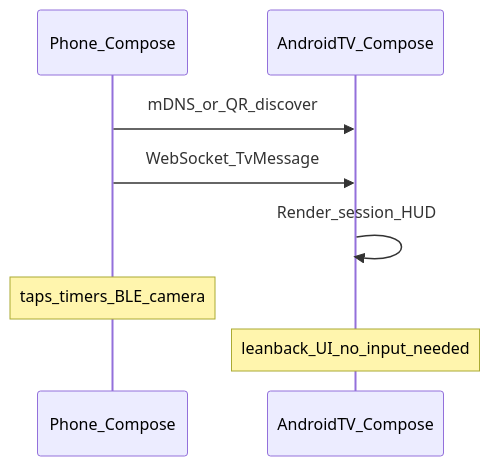
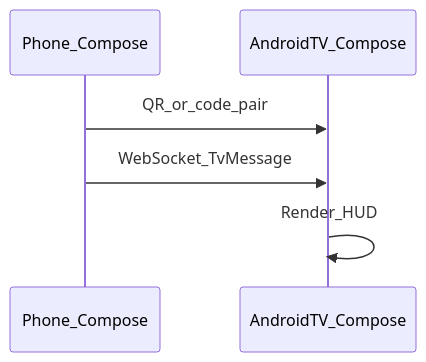
The diagram in docs/native-android-stack.md (ingmarstruijs/solo), drawn with Mermaid before and after one commit. The commit also changed other lines of this file and 47 other files, not shown here.

````diff
--- a/docs/native-android-stack.md
+++ b/docs/native-android-stack.md
@@ -117,10 +85,8 @@
 ```mermaid
 sequenceDiagram
   participant Phone as Phone_Compose
   participant TvApp as AndroidTV_Compose
-  Phone->>TvApp: mDNS_or_QR_discover
+  Phone->>TvApp: QR_or_code_pair
   Phone->>TvApp: WebSocket_TvMessage
-  TvApp->>TvApp: Render_session_HUD
-  Note over Phone: taps_timers_BLE_camera
-  Note over TvApp: leanback_UI_no_input_needed
+  TvApp->>TvApp: Render_HUD
 ```
````
